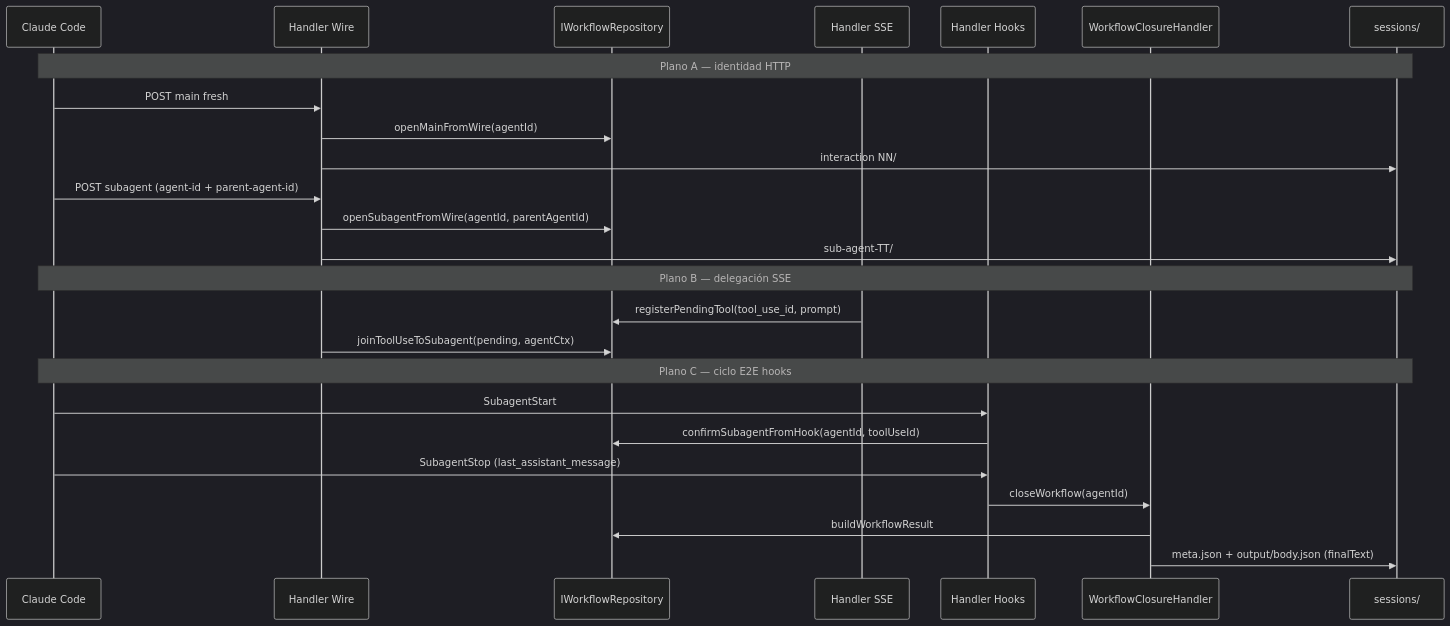
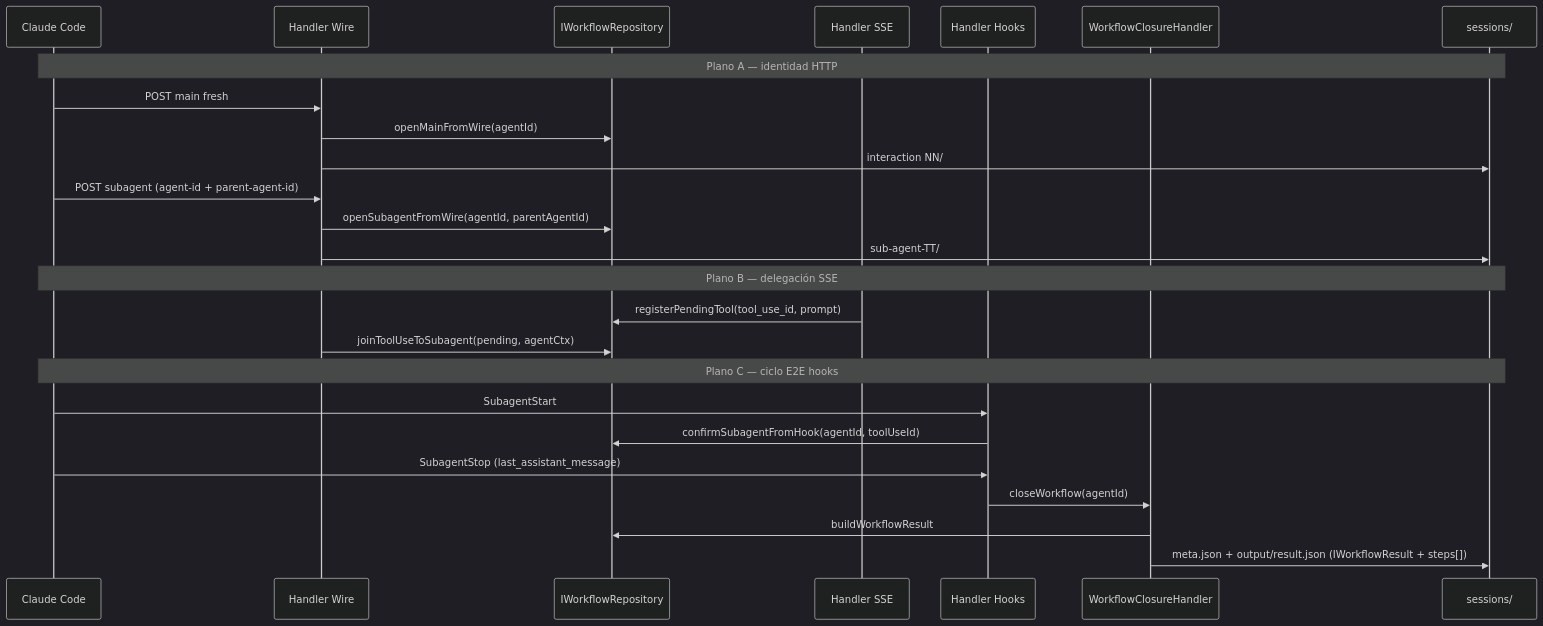
The ninth of 21 diagrams in docs/proposals/gateway-design.md (CristianRojas-SoftwareEngineer/EvolutiveX-Agent-Orchestrator), drawn with Mermaid (dark theme) before and after one commit. The commit also changed other lines of this file and 2 other files, not shown here.

````diff
--- a/docs/proposals/gateway-design.md
+++ b/docs/proposals/gateway-design.md
@@ -1350,30 +1350,30 @@
 ```mermaid
 sequenceDiagram
   participant CC as Claude Code
   participant Wire as Handler Wire
   participant Repo as IWorkflowRepository
   participant SSE as Handler SSE
   participant Hook as Handler Hooks
   participant Close as WorkflowClosureHandler
   participant Disk as sessions/
 
   Note over CC,Disk: Plano A — identidad HTTP
   CC->>Wire: POST main fresh
   Wire->>Repo: openMainFromWire(agentId)
   Wire->>Disk: interaction NN/
   CC->>Wire: POST subagent (agent-id + parent-agent-id)
   Wire->>Repo: openSubagentFromWire(agentId, parentAgentId)
   Wire->>Disk: sub-agent-TT/
 
   Note over CC,Disk: Plano B — delegación SSE
   SSE->>Repo: registerPendingTool(tool_use_id, prompt)
   Wire->>Repo: joinToolUseToSubagent(pending, agentCtx)
 
   Note over CC,Disk: Plano C — ciclo E2E hooks
   CC->>Hook: SubagentStart
   Hook->>Repo: confirmSubagentFromHook(agentId, toolUseId)
   CC->>Hook: SubagentStop (last_assistant_message)
   Hook->>Close: closeWorkflow(agentId)
   Close->>Repo: buildWorkflowResult
-  Close->>Disk: meta.json + output/body.json (finalText)
+  Close->>Disk: meta.json + output/result.json (IWorkflowResult + steps[])
 ```
````
